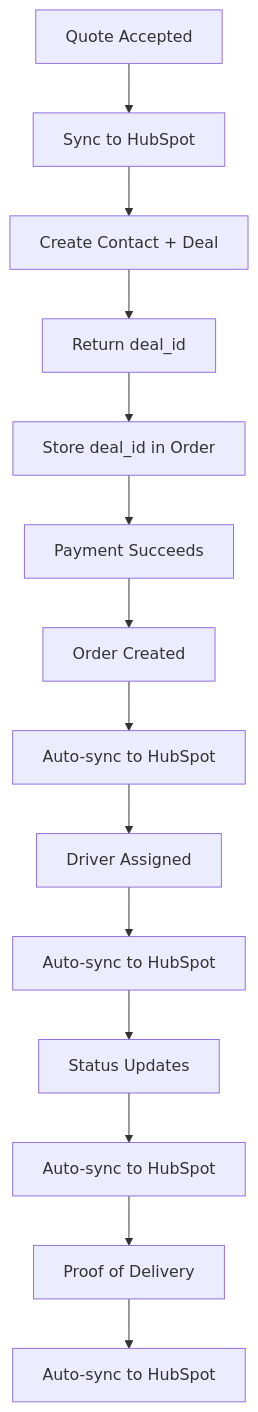
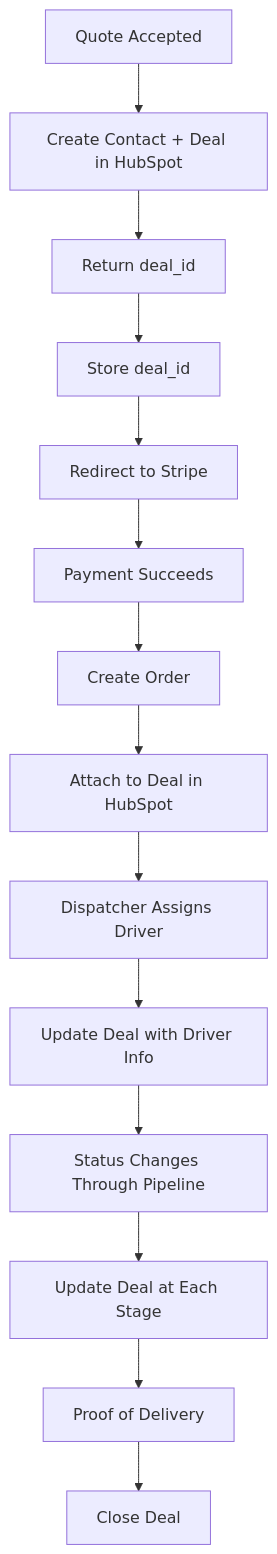
Before and after one commit to investwithdg/pst-logistics-suite: the diagram in HUBSPOT_WORKFLOW.md, drawn with Mermaid. The commit also changed other lines of this file and 1 other file, not shown here.

````diff
--- a/HUBSPOT_WORKFLOW.md
+++ b/HUBSPOT_WORKFLOW.md
@@ -8,16 +11,16 @@
 ```mermaid
 graph TD
-    A[Quote Accepted] --> B[Sync to HubSpot]
-    B --> C[Create Contact + Deal]
-    C --> D[Return deal_id]
-    D --> E[Store deal_id in Order]
+    A[Quote Accepted] --> B[Create Contact + Deal in HubSpot]
+    B --> C[Return deal_id]
+    C --> D[Store deal_id]
+    D --> E[Redirect to Stripe]
     E --> F[Payment Succeeds]
-    F --> G[Order Created]
-    G --> H[Auto-sync to HubSpot]
-    H --> I[Driver Assigned]
-    I --> J[Auto-sync to HubSpot]
-    J --> K[Status Updates]
-    K --> L[Auto-sync to HubSpot]
+    F --> G[Create Order]
+    G --> H[Attach to Deal in HubSpot]
+    H --> I[Dispatcher Assigns Driver]
+    I --> J[Update Deal with Driver Info]
+    J --> K[Status Changes Through Pipeline]
+    K --> L[Update Deal at Each Stage]
     L --> M[Proof of Delivery]
-    M --> N[Auto-sync to HubSpot]
+    M --> N[Close Deal]
 ```
````
